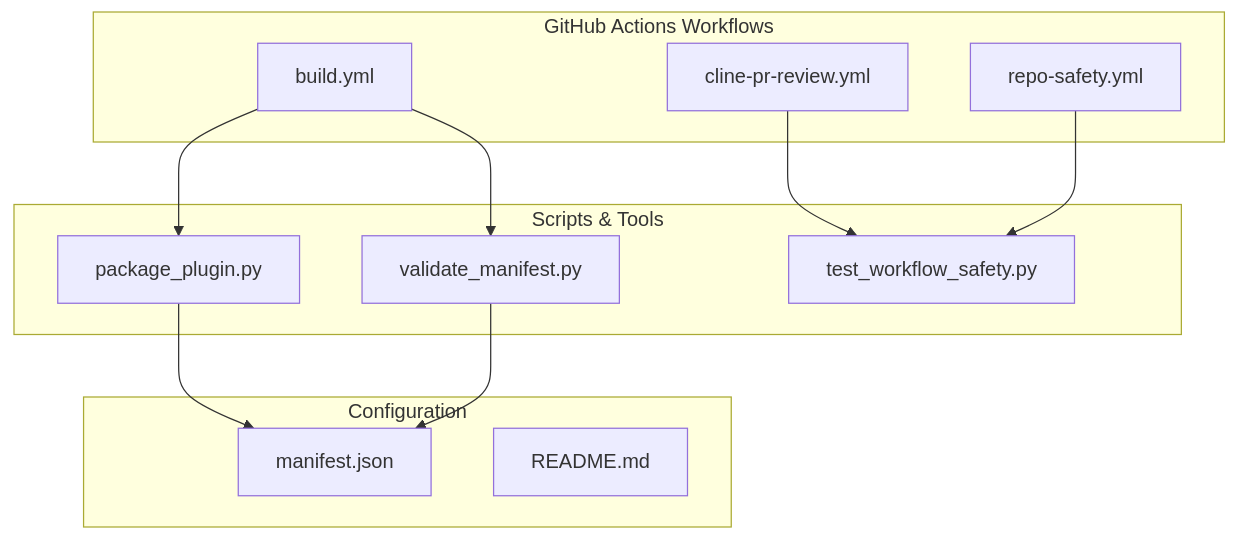
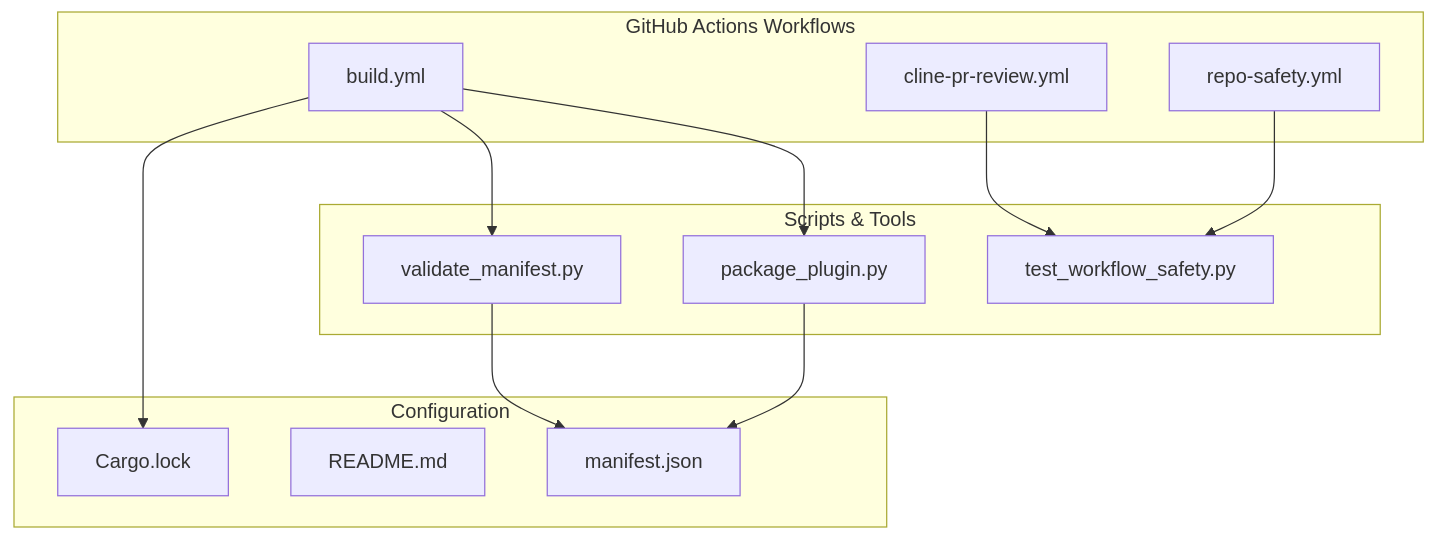
Before and after one commit to numan-cli/numan-plugins: the first of 7 diagrams in .qoder/repowiki/en/content/CI_CD Integration.md, drawn with Mermaid. The commit also changed other lines of this file and 17 other files, not shown here.

````diff
--- a/.qoder/repowiki/en/content/CI_CD Integration.md
+++ b/.qoder/repowiki/en/content/CI_CD Integration.md
@@ -45,23 +45,25 @@
 ```mermaid
 graph TB
 subgraph "GitHub Actions Workflows"
 Build[build.yml]
 Review[cline-pr-review.yml]
 Safety[repo-safety.yml]
 end
 subgraph "Scripts & Tools"
 Package[package_plugin.py]
 Validate[validate_manifest.py]
 TestSafety[test_workflow_safety.py]
 end
 subgraph "Configuration"
 Manifest[manifest.json]
 Readme[README.md]
+CargoLock[Cargo.lock]
 end
 Build --> Package
 Build --> Validate
+Build --> CargoLock
 Review --> TestSafety
 Safety --> TestSafety
 Package --> Manifest
 Validate --> Manifest
 ```
````
